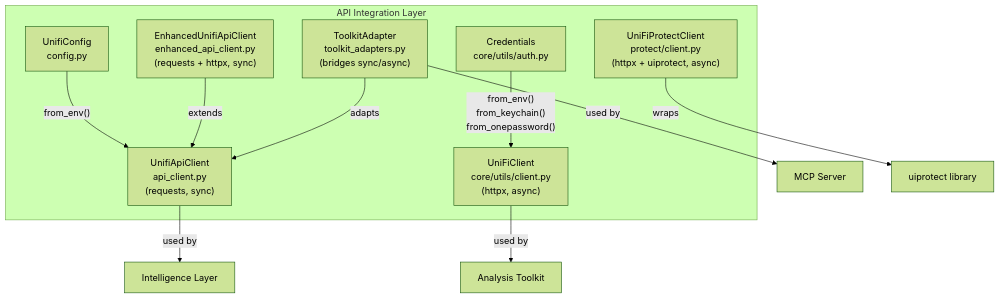
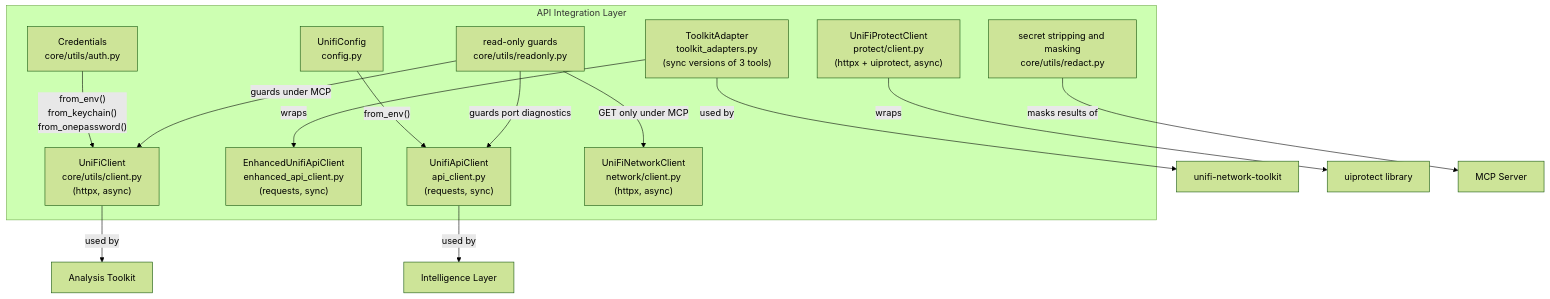
One commit to NetDevAutomate/unifi_management_cli changed the fourth of 21 diagrams in docs/architecture/architecture-overview.md. Above: the diagram before and after it, drawn with Mermaid (forest theme). The commit also changed other lines of this file and 2 other files, not shown here.

First line of the commit message:
docs(architecture): refresh the C4 and overview docs

````diff
--- a/docs/architecture/architecture-overview.md
+++ b/docs/architecture/architecture-overview.md
@@ -394,21 +394,27 @@
 ```mermaid
 graph TD
     subgraph api_layer["API Integration Layer"]
         AC["UnifiApiClient\napi_client.py\n(requests, sync)"]
-        EAC["EnhancedUnifiApiClient\nenhanced_api_client.py\n(requests + httpx, sync)"]
+        EAC["EnhancedUnifiApiClient\nenhanced_api_client.py\n(requests, sync)"]
         PC["UniFiProtectClient\nprotect/client.py\n(httpx + uiprotect, async)"]
         UC["UniFiClient\ncore/utils/client.py\n(httpx, async)"]
-        TA["ToolkitAdapter\ntoolkit_adapters.py\n(bridges sync/async)"]
+        NWC["UniFiNetworkClient\nnetwork/client.py\n(httpx, async)"]
+        RO["read-only guards\ncore/utils/readonly.py"]
+        RED["secret stripping and masking\ncore/utils/redact.py"]
+        TA["ToolkitAdapter\ntoolkit_adapters.py\n(sync versions of 3 tools)"]
         CFG["UnifiConfig\nconfig.py"]
         CRED["Credentials\ncore/utils/auth.py"]
     end
 
     CFG -->|"from_env()"| AC
     CRED -->|"from_env()\nfrom_keychain()\nfrom_onepassword()"| UC
     UC -->|"used by"| AT["Analysis Toolkit"]
     AC -->|"used by"| INT["Intelligence Layer"]
-    EAC -->|"extends"| AC
-    TA -->|"adapts"| AC
-    TA -->|"used by"| MCP["MCP Server"]
+    TA -->|"wraps"| EAC
+    TA -->|"used by"| TK["unifi-network-toolkit"]
     PC -->|"wraps"| UIPROTECT["uiprotect library"]
+    RO -->|"guards under MCP"| UC
+    RO -->|"GET only under MCP"| NWC
+    RO -->|"guards port diagnostics"| AC
+    RED -->|"masks results of"| MCP["MCP Server"]
 ```
````
